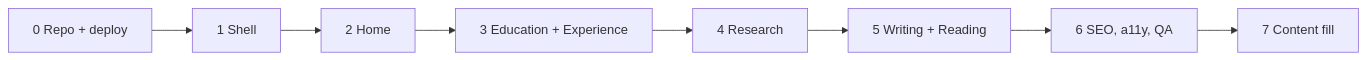
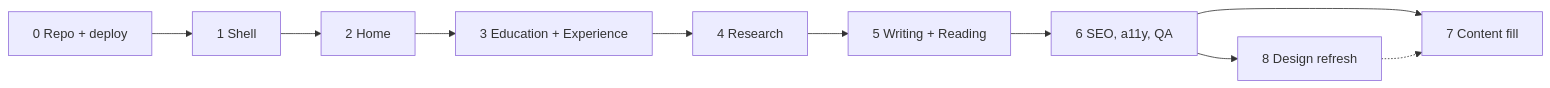
The diagram in docs/PLAN.md (UmmeKulsumTumpa/UmmeKulsumTumpa.github.io), drawn with Mermaid before and after one commit. The commit also changed other lines of this file and 49 other files, not shown here.

First line of the commit message:
feat: design refresh for Home, Education, Experience, Research (#120)

````diff
--- a/docs/PLAN.md
+++ b/docs/PLAN.md
@@ -10,5 +10,7 @@
 ```mermaid
 flowchart LR
   P0[0 Repo + deploy] --> P1[1 Shell] --> P2[2 Home] --> P3[3 Education + Experience]
   P3 --> P4[4 Research] --> P5[5 Writing + Reading] --> P6[6 SEO, a11y, QA] --> P7[7 Content fill]
+  P6 --> P8[8 Design refresh]
+  P8 -.-> P7
 ```
````
